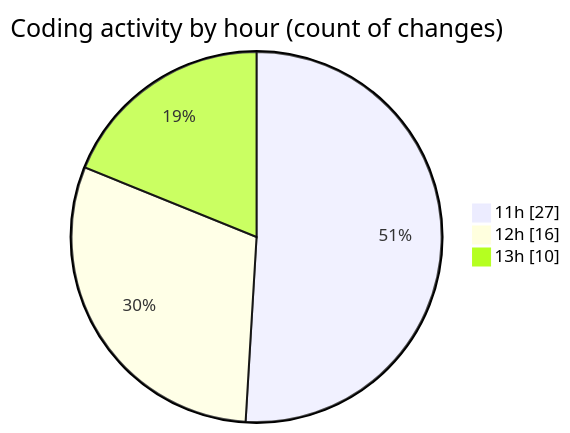
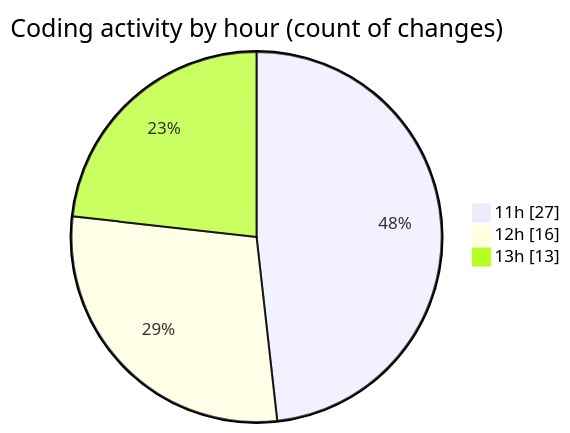
The second of 2 diagrams in 2025-04-18/myws__workspace_/README.md (MatusMokan/code-tracking), drawn with Mermaid before and after one commit. The commit also changed other lines of this file and 1 other file, not shown here.

````diff
--- a/2025-04-18/myws__workspace_/README.md
+++ b/2025-04-18/myws__workspace_/README.md
@@ -29,7 +29,7 @@
 ```mermaid
 pie showData
 title Coding activity by hour (count of changes)
 "11h" : 27
 "12h" : 16
-"13h" : 10
+"13h" : 13
 ```
````
